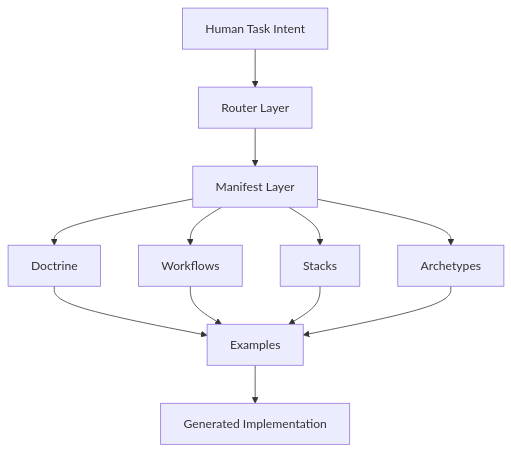
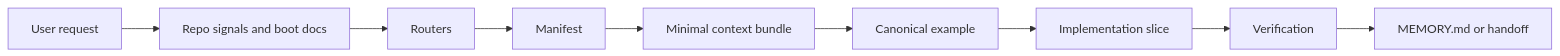
One commit to someflydev/agent-context-base changed the first of 4 diagrams in docs/architecture-mental-model.md. Above: the diagram before and after it, drawn with Mermaid. The commit also changed other lines of this file and 2 other files, not shown here.

First line of the commit message:
[PROMPT_26] Simplify diagrams to match the real runtime flow

````diff
--- a/docs/architecture-mental-model.md
+++ b/docs/architecture-mental-model.md
@@ -55,23 +7,11 @@
 ```mermaid
-flowchart TB
-    H[Human Task Intent]
-    R[Router Layer]
-    M[Manifest Layer]
-    D[Doctrine]
-    W[Workflows]
-    S[Stacks]
-    A[Archetypes]
-    E[Examples]
-    G[Generated Implementation]
-
-    H --> R --> M
-    M --> D
-    M --> W
-    M --> S
-    M --> A
-    D --> E
-    W --> E
-    S --> E
-    A --> E
-    E --> G
+flowchart LR
+    A[User request] --> B[Repo signals and boot docs]
+    B --> C[Routers]
+    C --> D[Manifest]
+    D --> E[Minimal context bundle]
+    E --> F[Canonical example]
+    F --> G[Implementation slice]
+    G --> H[Verification]
+    H --> I[MEMORY.md or handoff]
 ```
````
